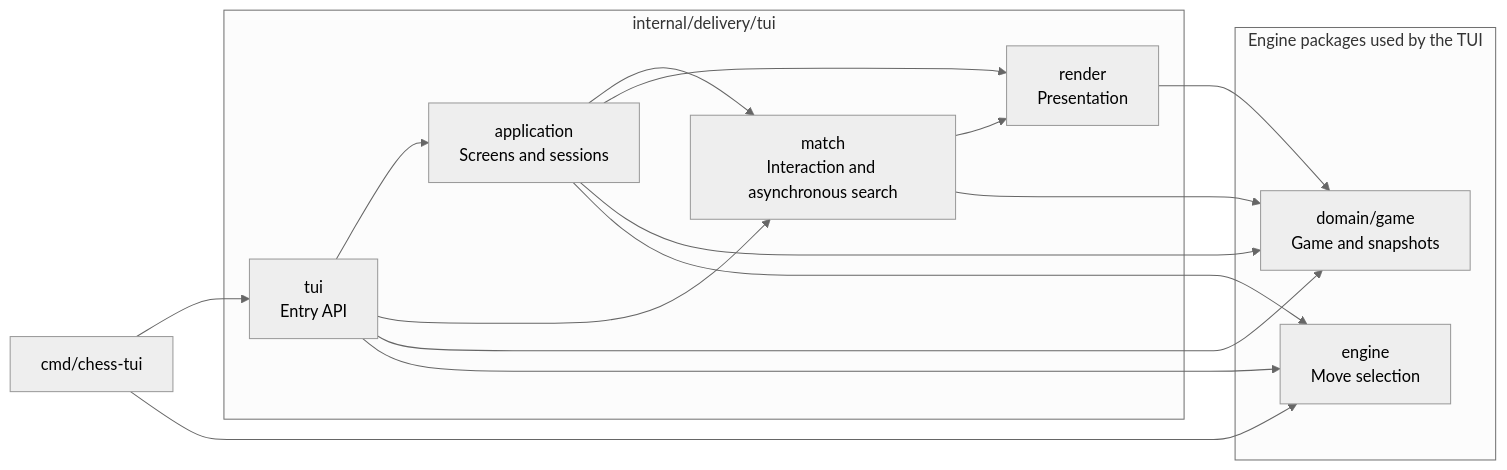
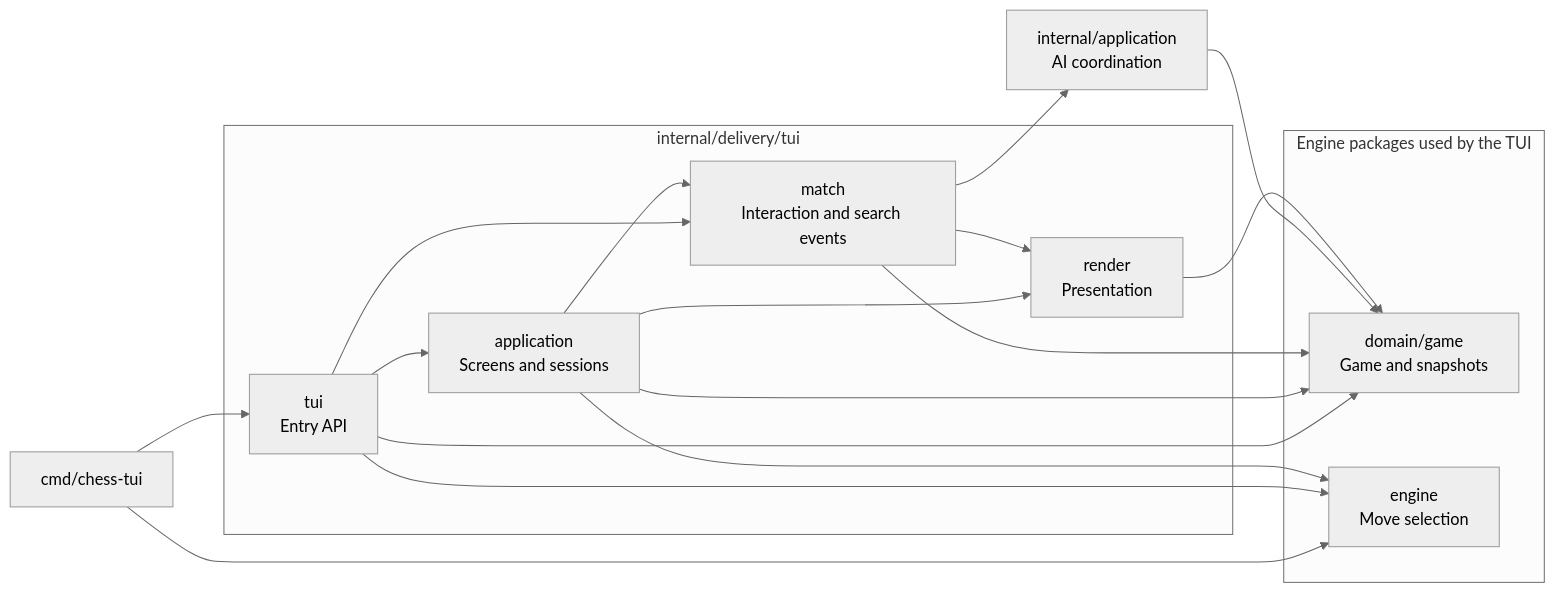
One commit to gabrzb/chess-go changed the first of 2 diagrams in README-EN.md. Above: the diagram before and after it, drawn with Mermaid (neutral theme). The commit also changed other lines of this file and 12 other files, not shown here.

Commit message:
refactor(application): extract UI-independent AI coordination

````diff
--- a/README-EN.md
+++ b/README-EN.md
@@ -145,30 +150,34 @@
 ```mermaid
 flowchart LR
     cli["cmd/chess-tui"]
 
     subgraph ui["internal/delivery/tui"]
         entry["tui<br/>Entry API"]
         application["application<br/>Screens and sessions"]
-        match["match<br/>Interaction and asynchronous search"]
+        match["match<br/>Interaction and search events"]
         render["render<br/>Presentation"]
     end
+
+    coordinator["internal/application<br/>AI coordination"]
 
     subgraph engine["Engine packages used by the TUI"]
         game["domain/game<br/>Game and snapshots"]
         ai["engine<br/>Move selection"]
     end
 
     cli --> entry
     cli --> ai
     entry --> application
     entry --> match
     entry --> game
     entry --> ai
     application --> match
     application --> render
     application --> game
     application --> ai
     match --> render
     match --> game
+    match --> coordinator
+    coordinator --> game
     render --> game
 ```
````
